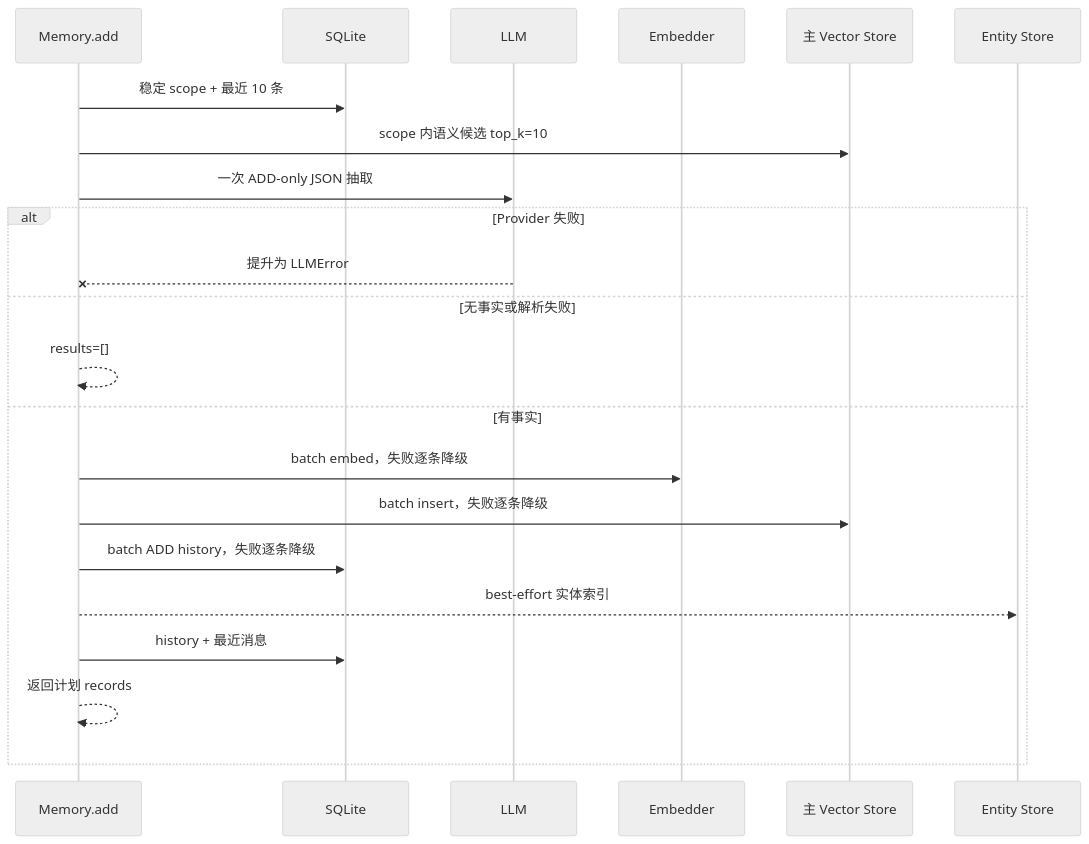
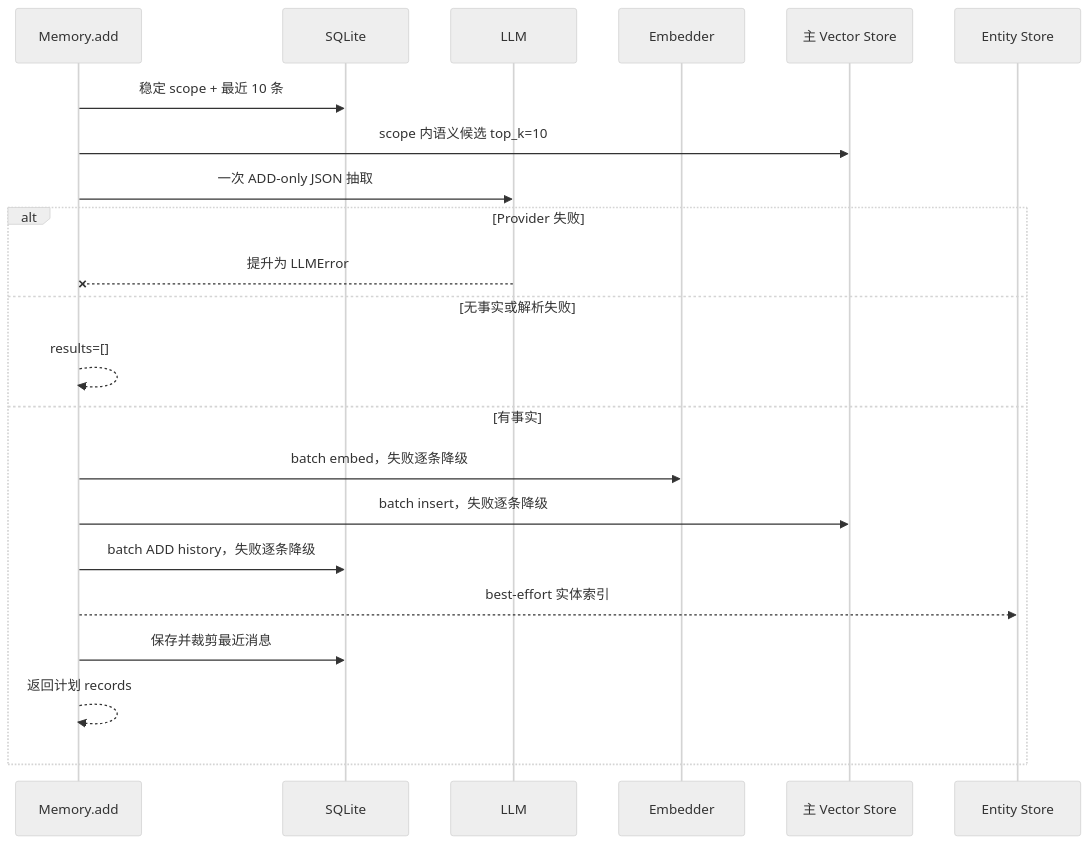
The ninth of 11 diagrams in docs/learning/mem0-memory-system-design.zh-CN.md (StevenLZM/mem0), drawn with Mermaid (neutral theme) before and after one commit. The commit also changed other lines of this file, not shown here.

````diff
--- a/docs/learning/mem0-memory-system-design.zh-CN.md
+++ b/docs/learning/mem0-memory-system-design.zh-CN.md
@@ -586,24 +586,24 @@
 ```mermaid
 sequenceDiagram
     participant M as Memory.add
     participant S as SQLite
     participant L as LLM
     participant E as Embedder
     participant V as 主 Vector Store
     participant N as Entity Store
     M->>S: 稳定 scope + 最近 10 条
     M->>V: scope 内语义候选 top_k=10
     M->>L: 一次 ADD-only JSON 抽取
     alt Provider 失败
         L--xM: 提升为 LLMError
     else 无事实或解析失败
         M-->>M: results=[]
     else 有事实
         M->>E: batch embed，失败逐条降级
         M->>V: batch insert，失败逐条降级
         M->>S: batch ADD history，失败逐条降级
         M-->>N: best-effort 实体索引
-        M->>S: history + 最近消息
+        M->>S: 保存并裁剪最近消息
         M-->>M: 返回计划 records
     end
 ```
````
